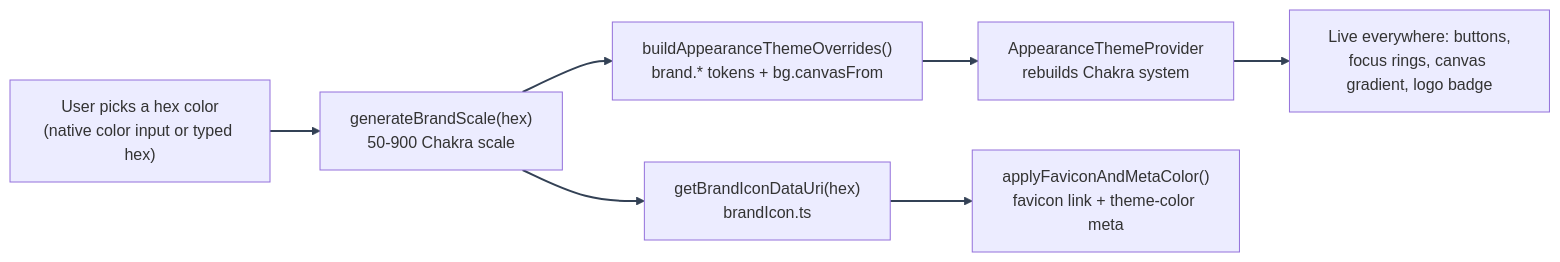
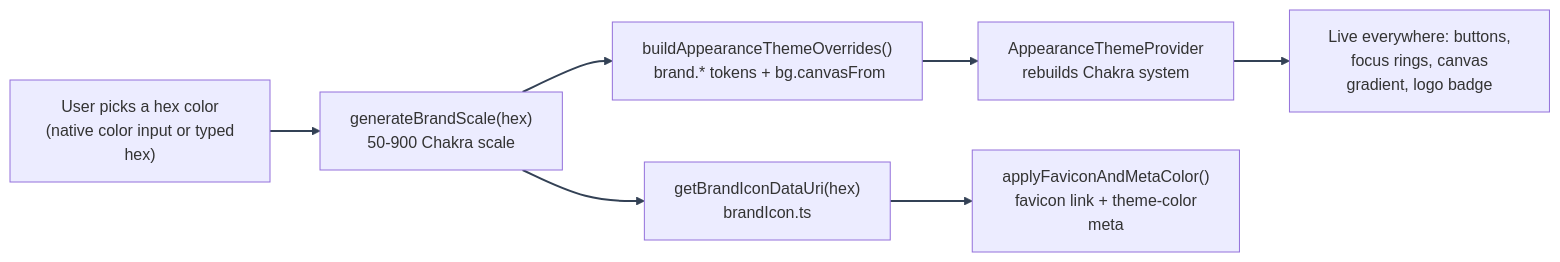
One commit to Nachiket-2024/mystic-auth changed the diagram in docs/mystic_auth/appearance/overview.md. Above: the diagram before and after it, drawn with Mermaid. The commit also changed 708 other files, not shown here.

````diff
--- a/docs/mystic_auth/appearance/overview.md
+++ b/docs/mystic_auth/appearance/overview.md
@@ -45,11 +45,11 @@
 ```mermaid
 %%{init: {"themeVariables": {"lineColor": "#334155"}} }%%
 flowchart LR
-    Hex["User picks a hex color\n(native color input or typed hex)"] --> Scale["generateBrandScale(hex)\n50-900 Chakra scale"]
-    Scale --> Overrides["buildAppearanceThemeOverrides()\nbrand.* tokens + bg.canvasFrom"]
-    Scale --> Icon["getBrandIconDataUri(hex)\nbrandIcon.ts"]
-    Overrides --> System["AppearanceThemeProvider\nrebuilds Chakra system"]
-    Icon --> Favicon["applyFaviconAndMetaColor()\nfavicon link + theme-color meta"]
-    System --> Live["Live everywhere: buttons,\nfocus rings, canvas gradient, logo badge"]
+    Hex["User picks a hex color\n (native color input or typed hex)"] --> Scale["generateBrandScale(hex)\n 50-900 Chakra scale"]
+    Scale --> Overrides["buildAppearanceThemeOverrides()\n brand.* tokens + bg.canvasFrom"]
+    Scale --> Icon["getBrandIconDataUri(hex)\n brandIcon.ts"]
+    Overrides --> System["AppearanceThemeProvider\n rebuilds Chakra system"]
+    Icon --> Favicon["applyFaviconAndMetaColor()\n favicon link + theme-color meta"]
+    System --> Live["Live everywhere: buttons,\n focus rings, canvas gradient, logo badge"]
     linkStyle default stroke:#334155,stroke-width:2px
 ```
````
